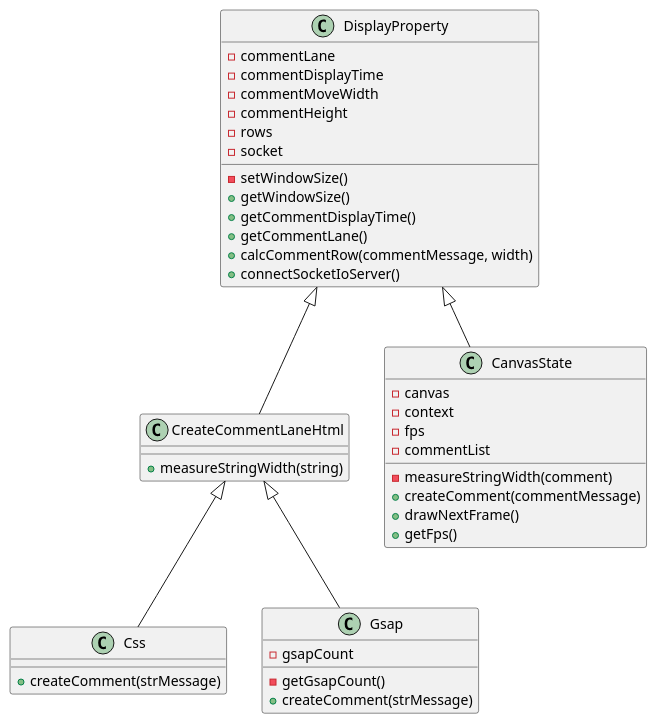
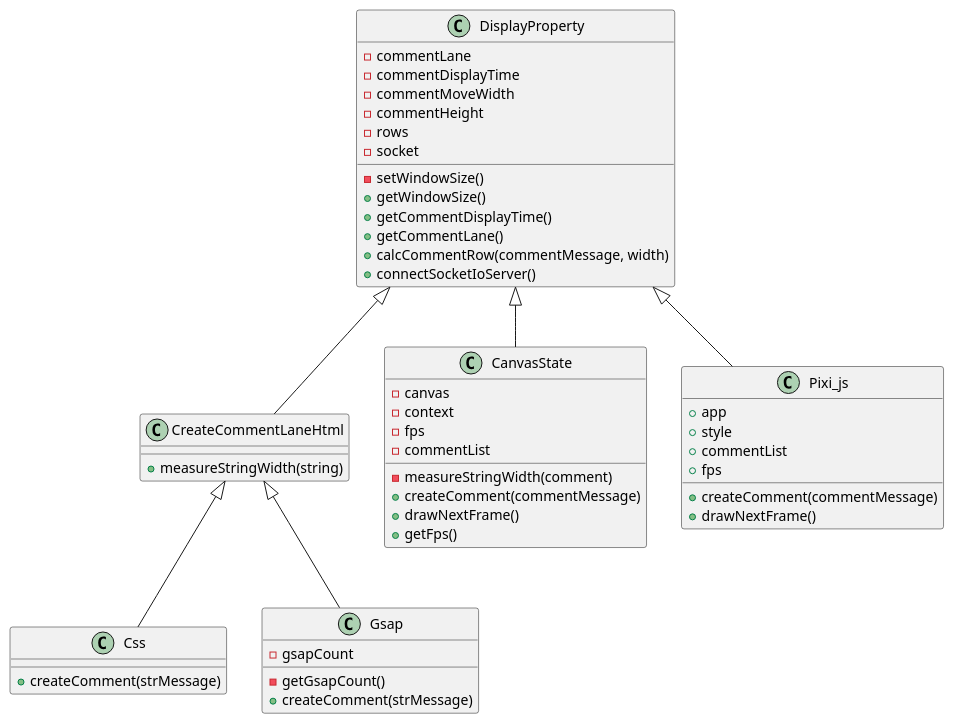
One commit to shigaresso/comment-flow-server changed the diagram in ClassDiagram.pu. Above: the diagram before and after it, drawn with PlantUML. The commit also changed 3 other files, not shown here.

```diff
--- a/ClassDiagram.pu
+++ b/ClassDiagram.pu
@@ -1,50 +1,61 @@
 @startuml
 
 class DisplayProperty {
     -commentLane
     -commentDisplayTime
     -commentMoveWidth
     -commentHeight
     -rows
     -socket
 
     -setWindowSize()
     +getWindowSize()
     +getCommentDisplayTime()
     +getCommentLane()
     +calcCommentRow(commentMessage, width)
     +connectSocketIoServer()
 }
 
 class CreateCommentLaneHtml {
     +measureStringWidth(string)
 }
 
 class Css {
     +createComment(strMessage)
 }
 
 class Gsap {
     -gsapCount
 
     -getGsapCount()
     +createComment(strMessage)
 }
 
 class CanvasState {
     -canvas
     -context
     -fps
     -commentList
 
     -measureStringWidth(comment)
     +createComment(commentMessage)
     +drawNextFrame()
     +getFps()
 }
 
+class Pixi_js {
+    +app
+    +style
+    +commentList
+    +fps
+
+    +createComment(commentMessage)
+    +drawNextFrame()
+}
+
 DisplayProperty <|-- CreateCommentLaneHtml
 DisplayProperty <|-- CanvasState
+DisplayProperty <|-- Pixi_js
 CreateCommentLaneHtml <|-- Css
 CreateCommentLaneHtml <|-- Gsap
 @enduml
```
